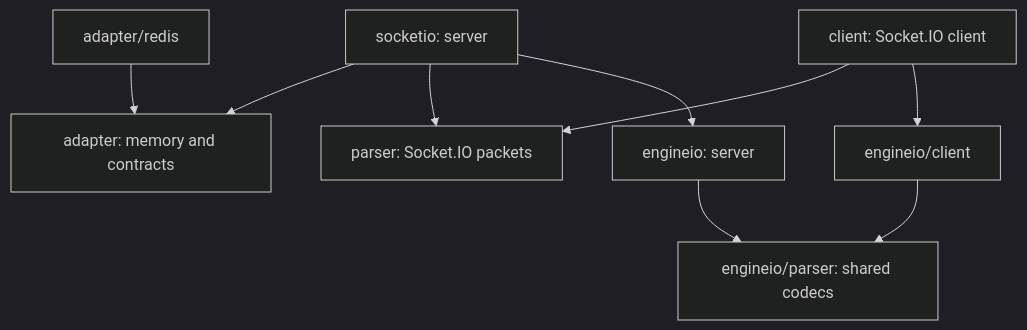
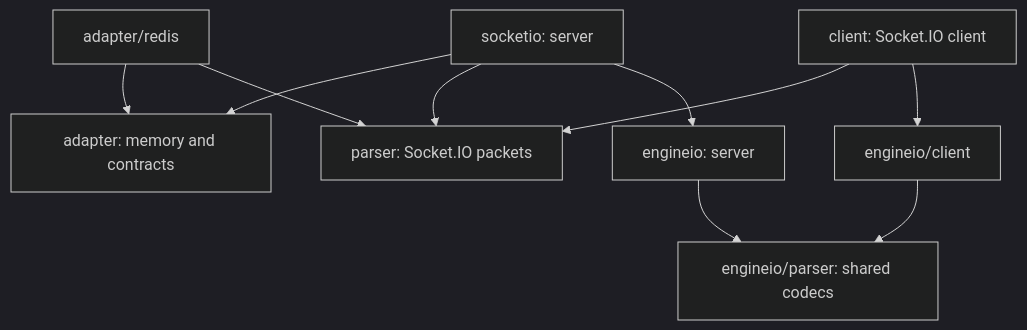
Before and after one commit to sshaplygin/go-socket.io: the diagram in docs/V1_MIGRATION.md, drawn with Mermaid (dark theme). The commit also changed other lines of this file and 4 other files, not shown here.

````diff
--- a/docs/V1_MIGRATION.md
+++ b/docs/V1_MIGRATION.md
@@ -14,11 +14,12 @@
 ```mermaid
 flowchart TD
   S["socketio: server"] --> A["adapter: memory and contracts"]
   R["adapter/redis"] --> A
+  R --> P
   S --> P["parser: Socket.IO packets"]
   C["client: Socket.IO client"] --> P
   S --> E["engineio: server"]
   C --> EC["engineio/client"]
   E --> EP["engineio/parser: shared codecs"]
   EC --> EP
 ```
````
